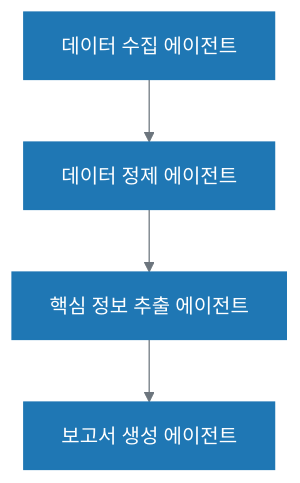
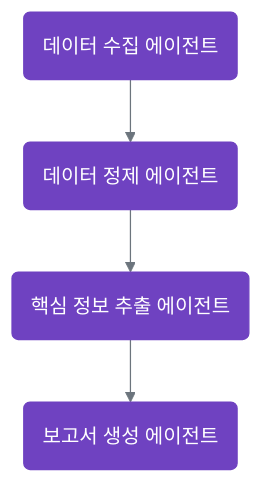
The first of 4 diagrams in book/07-process-workflow.md (wooxist/ai-instructions), drawn with Mermaid before and after one commit. The commit also changed other lines of this file and 15 other files, not shown here.

````diff
--- a/book/07-process-workflow.md
+++ b/book/07-process-workflow.md
@@ -11,17 +11,26 @@
 ```mermaid
 %%{init: {
   'theme': 'base',
   'themeVariables': {
     'primaryColor': '#1f77b4',
     'primaryTextColor': '#ffffff',
     'primaryBorderColor': '#1f77b4',
     'lineColor': '#6c757d',
     'background': 'transparent',
     'edgeLabelBackground': '#2ca02c'
   }
 }}%%
 graph TD
-    A[데이터 수집 에이전트] --> B[데이터 정제 에이전트]
-    B --> C[핵심 정보 추출 에이전트]
-    C --> D[보고서 생성 에이전트]
+    A("데이터 수집 에이전트") --> B("데이터 정제 에이전트")
+    B --> C("핵심 정보 추출 에이전트")
+    C --> D("보고서 생성 에이전트")
+
+    %% 클래스 정의 및 적용 (WRITER 부록 A 기준)
+    classDef principle fill:#1f77b4,stroke:#1f77b4,color:#ffffff;
+    classDef decision fill:#ffffff,stroke:#495057,stroke-width:2px,color:#212529;
+    classDef agent fill:#6f42c1,stroke:#6f42c1,color:#ffffff;
+    classDef artifact fill:#17a2b8,stroke:#17a2b8,color:#ffffff;
+    classDef data fill:#2ca02c,stroke:#2ca02c,color:#ffffff;
+    classDef human fill:#e83e8c,stroke:#e83e8c,color:#ffffff;
+    class A,B,C,D agent;
 ```
````
